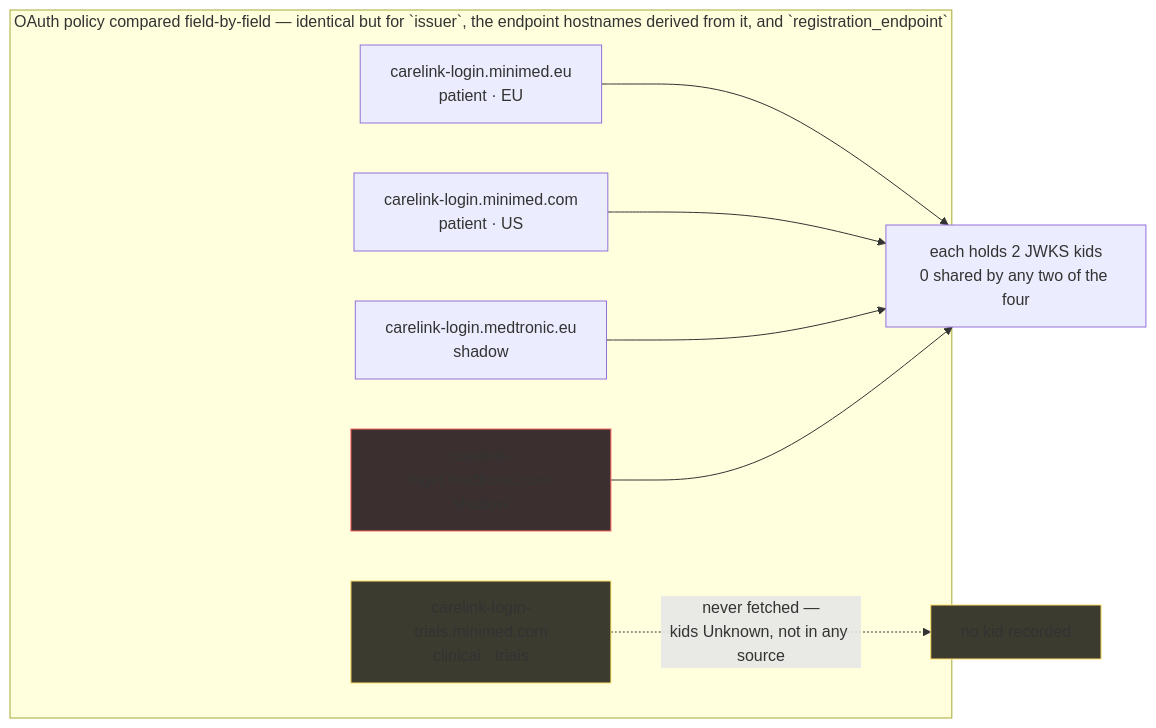
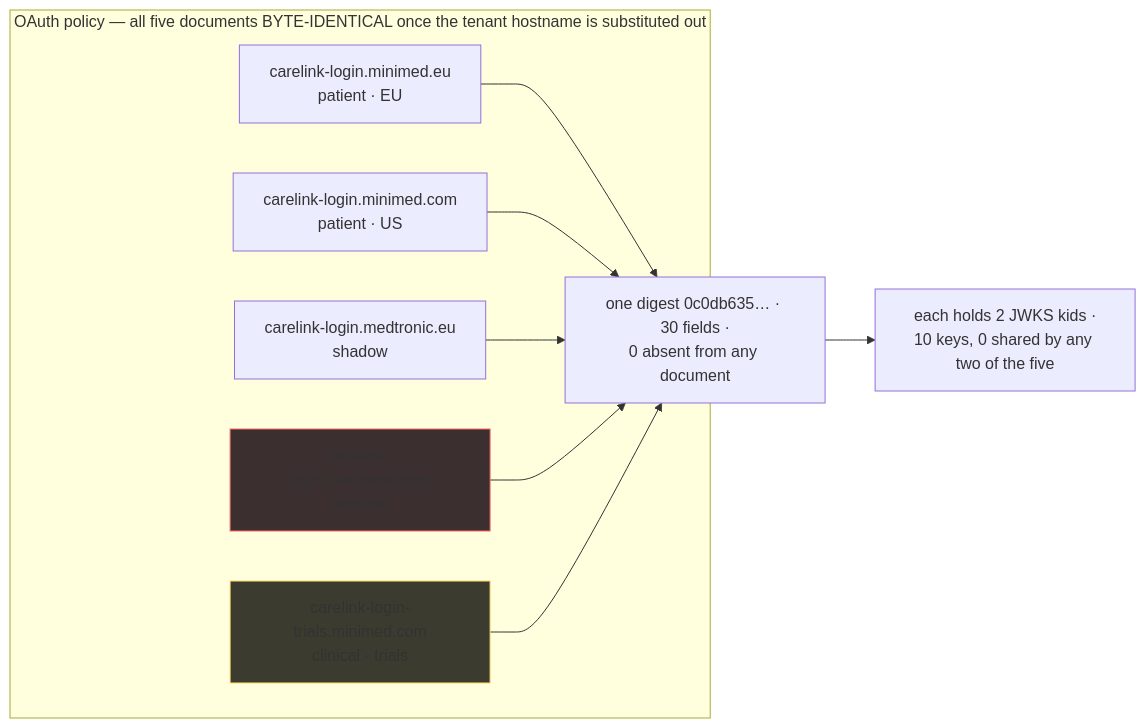
Before and after one commit to NovaLux12/carelink-api-research: the first of 3 diagrams in docs/02-auth-tenants-and-flows.md, drawn with Mermaid. The commit also changed other lines of this file and 51 other files, not shown here.

First line of the commit message:
Area I: five Auth0 tenants, byte-identical discovery docs, one behavioural split

````diff
--- a/docs/02-auth-tenants-and-flows.md
+++ b/docs/02-auth-tenants-and-flows.md
@@ -39,19 +39,19 @@
 ```mermaid
 flowchart LR
-    subgraph POL["OAuth policy compared field-by-field — identical but for `issuer`, the endpoint hostnames derived from it, and `registration_endpoint`"]
+    subgraph POL["OAuth policy — all five documents BYTE-IDENTICAL once the tenant hostname is substituted out"]
         A["carelink-login.minimed.eu<br/>patient · EU"]
         B["carelink-login.minimed.com<br/>patient · US"]
         C["carelink-login.medtronic.eu<br/>shadow"]
         D["carelink-login.medtronic.com<br/>shadow"]
         E["carelink-login-trials.minimed.com<br/>clinical · trials"]
     end
     A --> Z
     B --> Z
     C --> Z
     D --> Z
-    Z["each holds 2 JWKS kids<br/>0 shared by any two of the four"]
-    E -. "never fetched —<br/>kids Unknown, not in any source" .-> KE["no kid recorded"]
+    E --> Z
+    Z["one digest 0c0db635… · 30 fields ·<br/>0 absent from any document"]
+    Z --> K["each holds 2 JWKS kids ·<br/>10 keys, 0 shared by any two of the five"]
     style D fill:#3b2f2f,stroke:#f66
     style E fill:#3b3b2f,stroke:#fd6
-    style KE fill:#3b3b2f,stroke:#fd6
 ```
````
